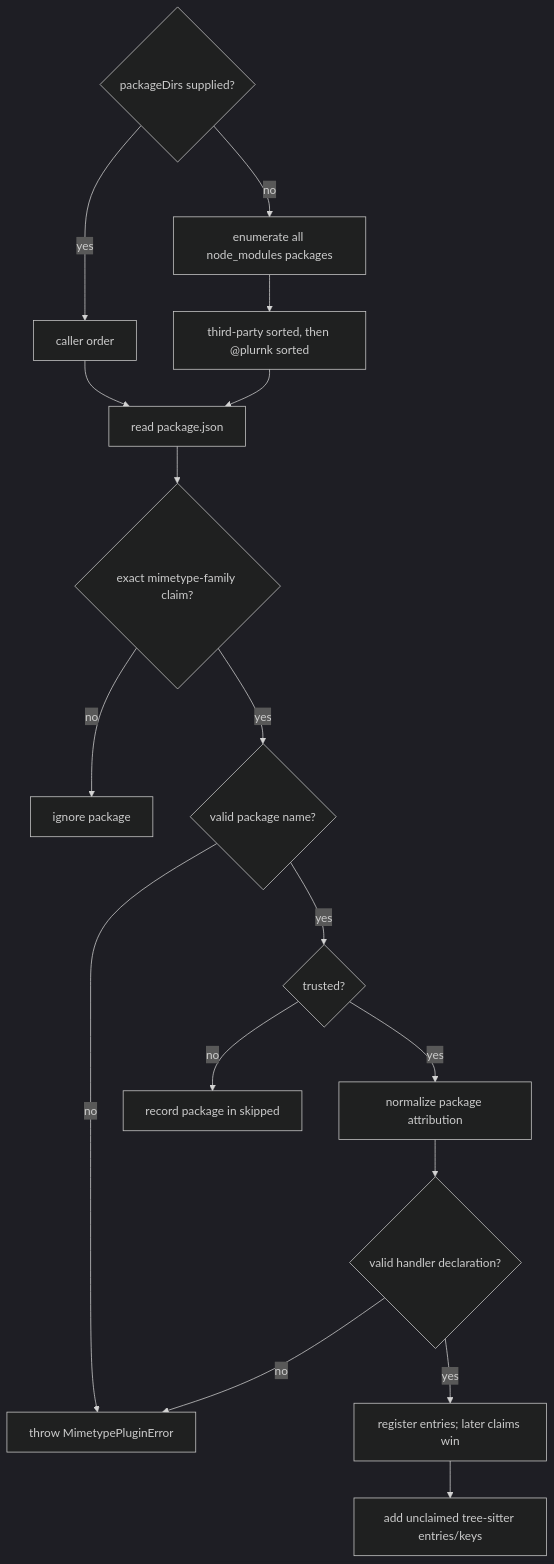
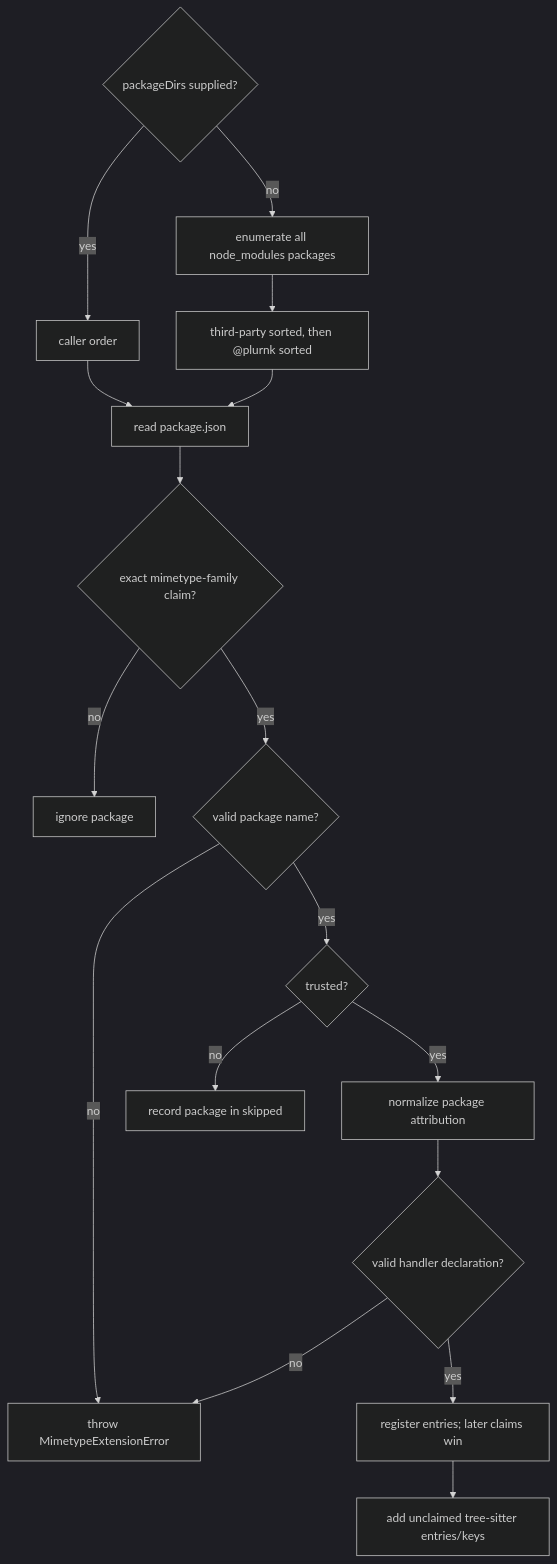
Before and after one commit to plurnk/plurnk-service: the second of 4 diagrams in plurnk-mimetypes/SPEC.md, drawn with Mermaid (dark theme). The commit also changed other lines of this file and 146 other files, not shown here.

````diff
--- a/plurnk-mimetypes/SPEC.md
+++ b/plurnk-mimetypes/SPEC.md
@@ -184,20 +184,20 @@
 ```mermaid
 flowchart TD
     I{"packageDirs supplied?"}
     I -->|yes| E["caller order"]
     I -->|no| N["enumerate all node_modules packages"]
     N --> O["third-party sorted, then @plurnk sorted"]
     E --> M["read package.json"]
     O --> M
     M --> K{"exact mimetype-family claim?"}
     K -->|no| Z["ignore package"]
     K -->|yes| P{"valid package name?"}
-    P -->|no| F["throw MimetypePluginError"]
+    P -->|no| F["throw MimetypeExtensionError"]
     P -->|yes| T{"trusted?"}
     T -->|no| S["record package in skipped"]
     T -->|yes| A["normalize package attribution"]
     A --> D{"valid handler declaration?"}
     D -->|no| F
     D -->|yes| G["register entries; later claims win"]
     G --> B["add unclaimed tree-sitter entries/keys"]
 ```
````
